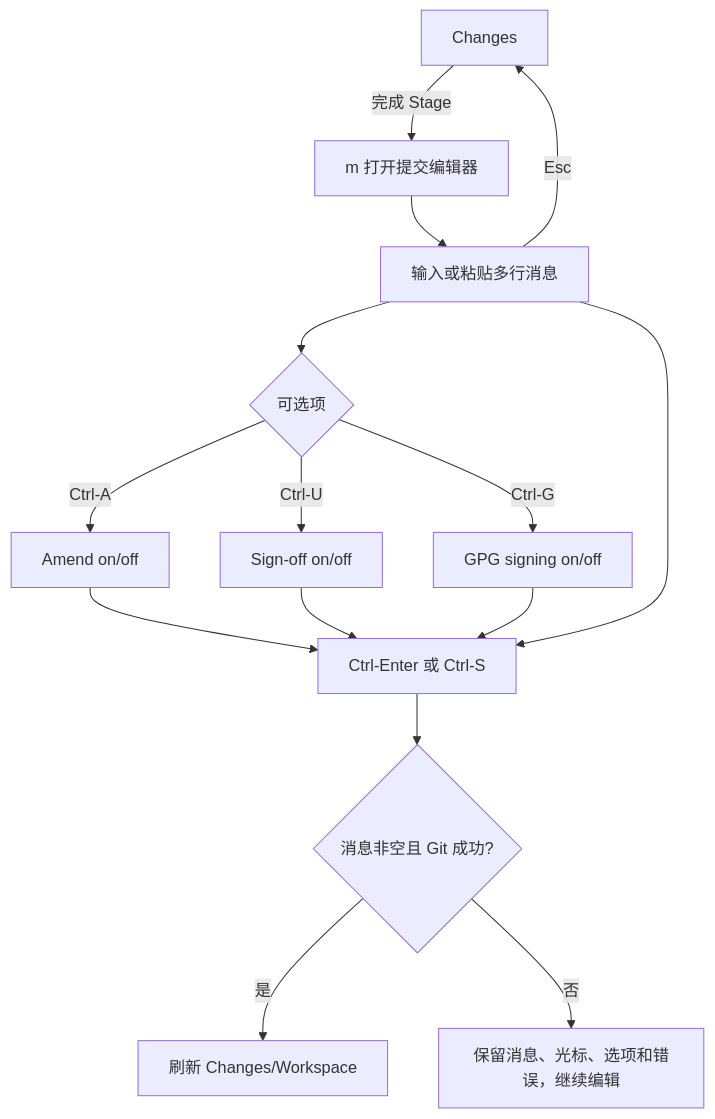
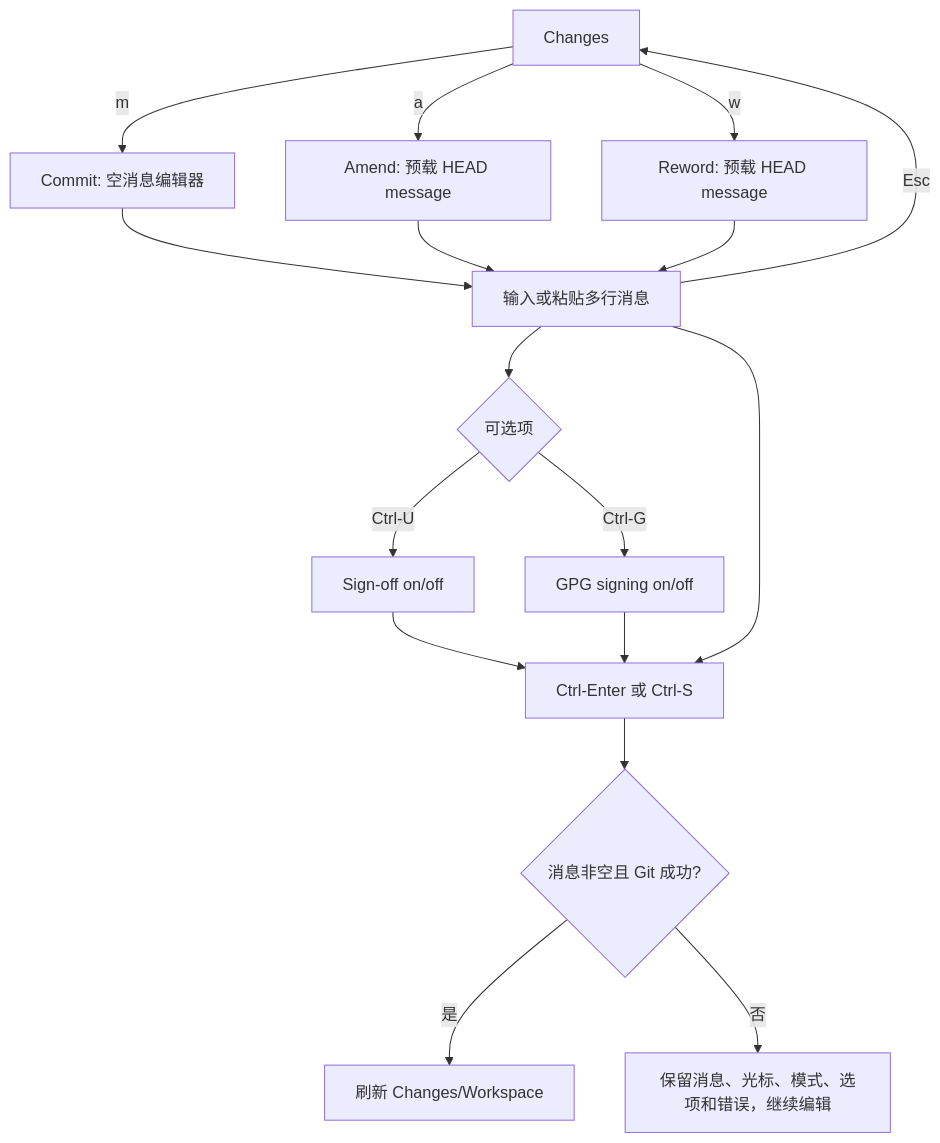
Before and after one commit to Trigger-CN/trepo: the sixth of 7 diagrams in docs/USER_GUIDE.md, drawn with Mermaid. The commit also changed other lines of this file and 17 other files, not shown here.

````diff
--- a/docs/USER_GUIDE.md
+++ b/docs/USER_GUIDE.md
@@ -294,17 +301,19 @@
 ```mermaid
 flowchart TD
-    C[Changes] -->|完成 Stage| M[m 打开提交编辑器]
+    C[Changes] -->|m| M[Commit: 空消息编辑器]
+    C -->|a| A[Amend: 预载 HEAD message]
+    C -->|w| W[Reword: 预载 HEAD message]
     M --> E[输入或粘贴多行消息]
+    A --> E
+    W --> E
     E --> O{可选项}
-    O -->|Ctrl-A| A[Amend on/off]
     O -->|Ctrl-U| S[Sign-off on/off]
     O -->|Ctrl-G| G[GPG signing on/off]
-    A --> Q[Ctrl-Enter 或 Ctrl-S]
-    S --> Q
+    S --> Q[Ctrl-Enter 或 Ctrl-S]
     G --> Q
     E --> Q
     Q --> V{消息非空且 Git 成功?}
     V -->|是| R[刷新 Changes/Workspace]
-    V -->|否| K[保留消息、光标、选项和错误，继续编辑]
+    V -->|否| K[保留消息、光标、模式、选项和错误，继续编辑]
     E -->|Esc| C
 ```
````
